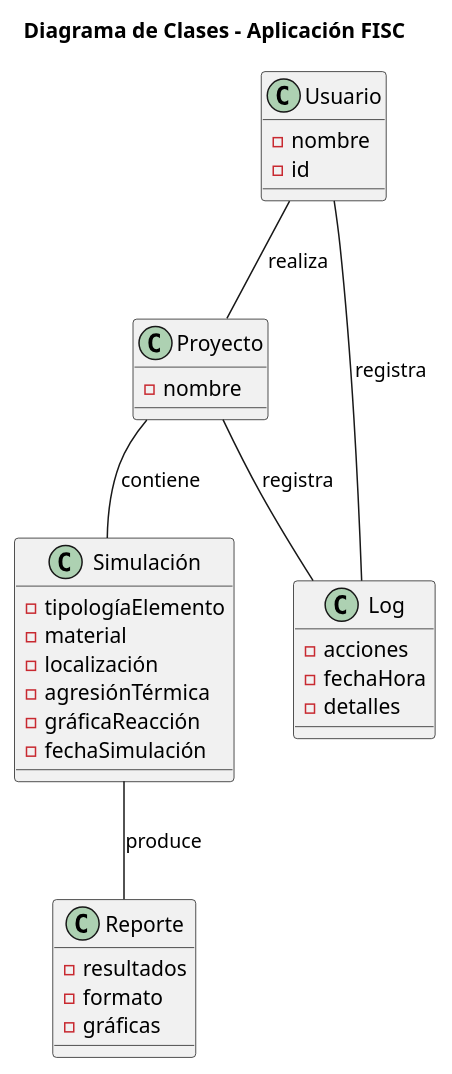
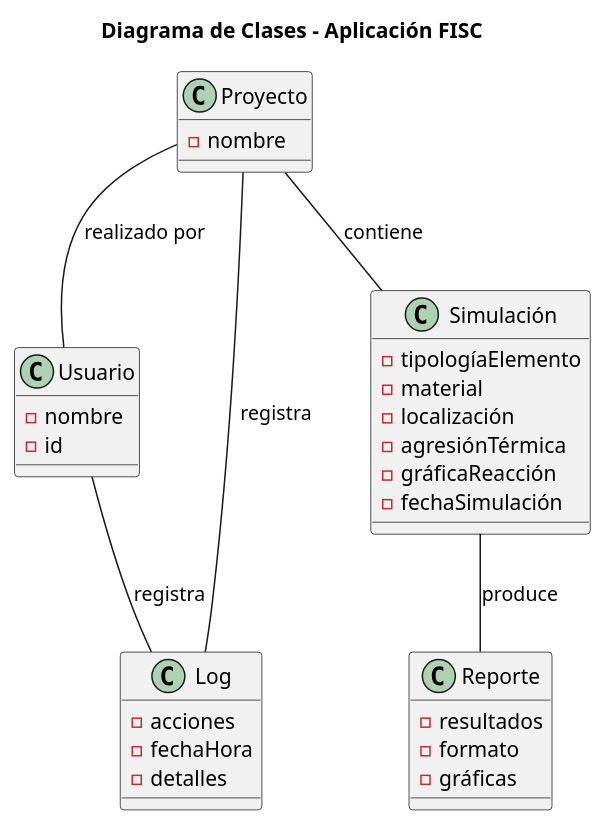
The diagram in modelosUML/diagramaClases.puml (mmasias/23-24-IdSw1-SDR), drawn with PlantUML before and after one commit. The commit also changed 23 other files, not shown here.

Commit message:
arreglos detalle, readme y diagrama clases

```diff
--- a/modelosUML/diagramaClases.puml
+++ b/modelosUML/diagramaClases.puml
@@ -1,41 +1,42 @@
 @startuml
 
 title Diagrama de Clases - Aplicación FISC
 
 class Usuario {
     - nombre
     - id
 }
 
 class Proyecto {
     - nombre
 }
 
 class Simulación {
     - tipologíaElemento
     - material
     - localización
     - agresiónTérmica
     - gráficaReacción
     - fechaSimulación
 }
 
 class Log {
     - acciones
     - fechaHora
     - detalles
 }
 
 class Reporte {
     - resultados
     - formato
     - gráficas
 }
 
-Usuario -- Proyecto : "realiza"
+
 Proyecto  -- Simulación : "contiene"
 Simulación -- Reporte : "produce"
+Proyecto -- Usuario : "realizado por"
 Usuario -- Log : "registra"
 Proyecto -- Log : "registra"
 
 @enduml
```
